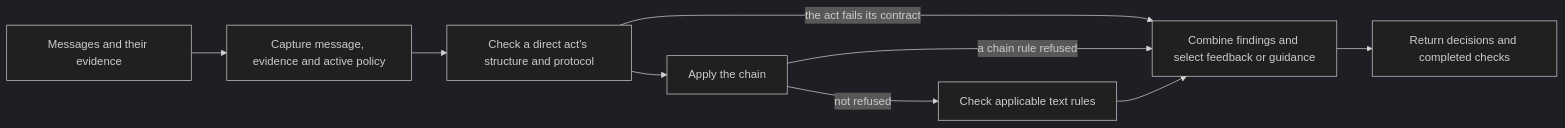
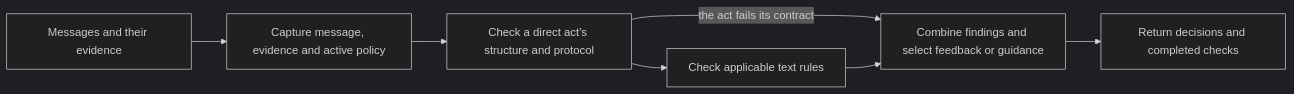
The first of 2 diagrams in src/firewall/README.md (chughtapan/moltzap-staging), drawn with Mermaid (dark theme) before and after one commit. The commit also changed other lines of this file and 13 other files, not shown here.

````diff
--- a/src/firewall/README.md
+++ b/src/firewall/README.md
@@ -10,11 +10,9 @@
 ```mermaid
 flowchart LR
   A[Messages and their evidence] --> B[Capture message, evidence and active policy]
   B --> S[Check a direct act's structure and protocol]
   S -->|the act fails its contract| E
-  S --> C[Apply the chain]
-  C -->|not refused| D[Check applicable text rules]
-  C -->|a chain rule refused| E
+  S --> D[Check applicable text rules]
   D --> E[Combine findings and select feedback or guidance]
   E --> F[Return decisions and completed checks]
 ```
````
